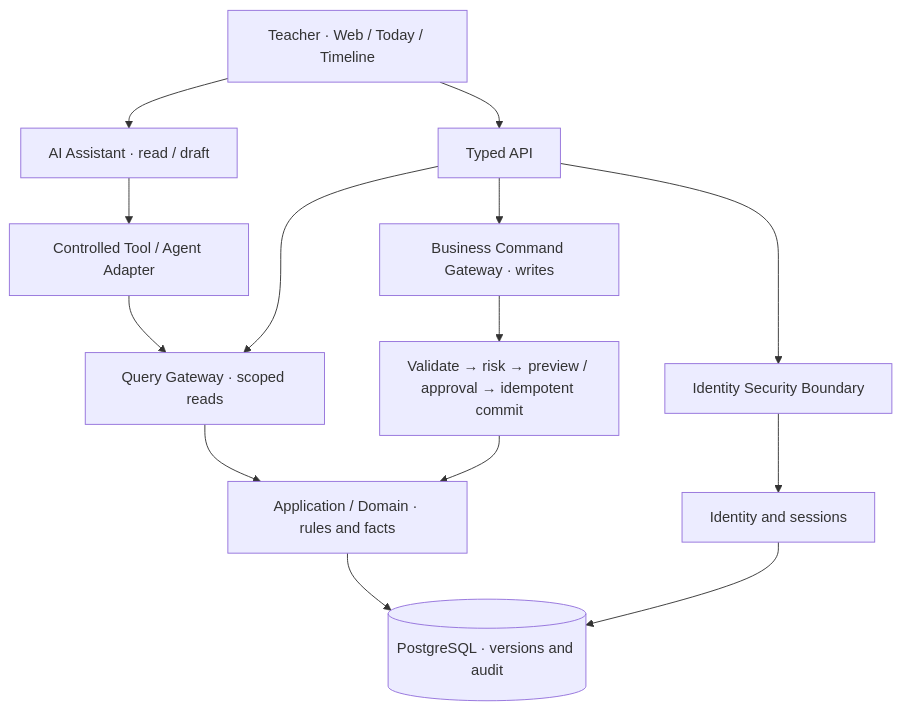
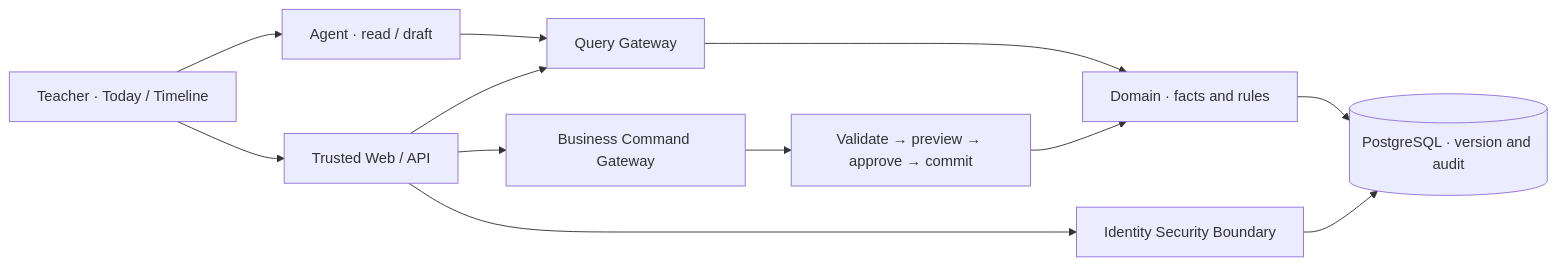
One commit to Gdnbit/classmatter changed the diagram in README_EN.md. Above: the diagram before and after it, drawn with Mermaid. The commit also changed other lines of this file and 2 other files, not shown here.

````diff
--- a/README_EN.md
+++ b/README_EN.md
@@ -75,16 +92,14 @@
 ```mermaid
-flowchart TD
-    U["Teacher · Web / Today / Timeline"] --> API["Typed API"]
-    U --> A["AI Assistant · read / draft"]
-    A --> T["Controlled Tool / Agent Adapter"]
-    T --> Q["Query Gateway · scoped reads"]
+flowchart LR
+    U["Teacher · Today / Timeline"] --> API["Trusted Web / API"]
+    U --> AI["Agent · read / draft"]
+    AI --> Q["Query Gateway"]
     API --> Q
-    API --> B["Business Command Gateway · writes"]
+    API --> B["Business Command Gateway"]
     API --> I["Identity Security Boundary"]
-    Q --> D["Application / Domain · rules and facts"]
-    B --> P["Validate → risk → preview / approval → idempotent commit"]
-    P --> D
-    I --> ID["Identity and sessions"]
-    D --> PG[("PostgreSQL · versions and audit")]
-    ID --> PG
+    Q --> D["Domain · facts and rules"]
+    B --> V["Validate → preview → approve → commit"]
+    V --> D
+    D --> DB[("PostgreSQL · version and audit")]
+    I --> DB
 ```
````
